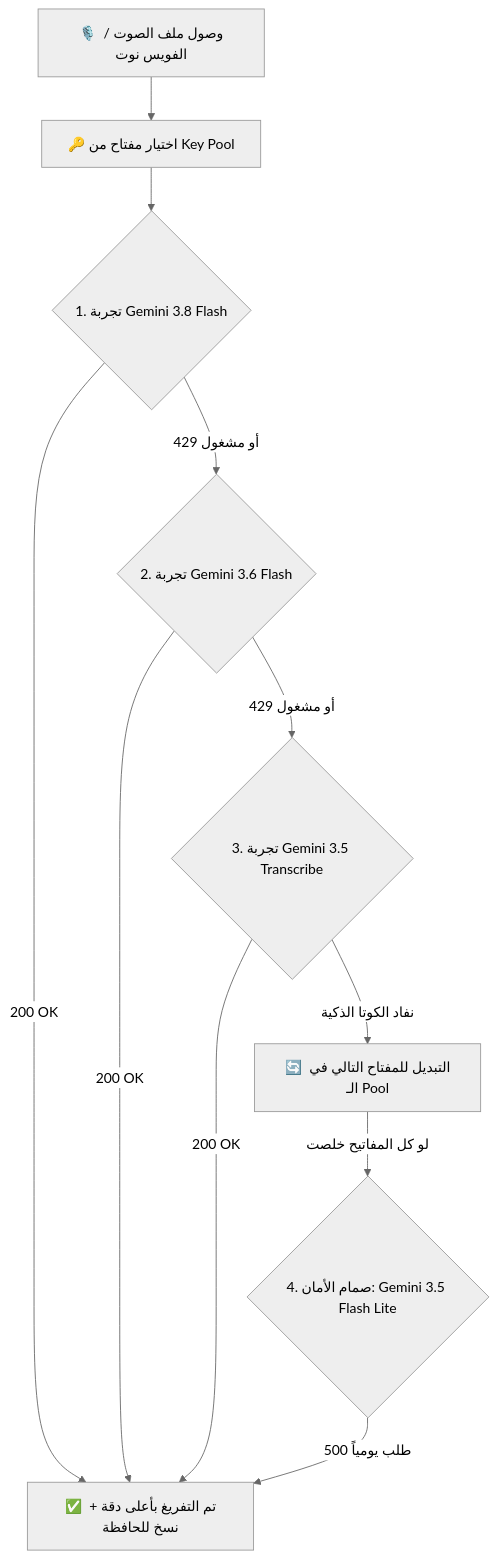
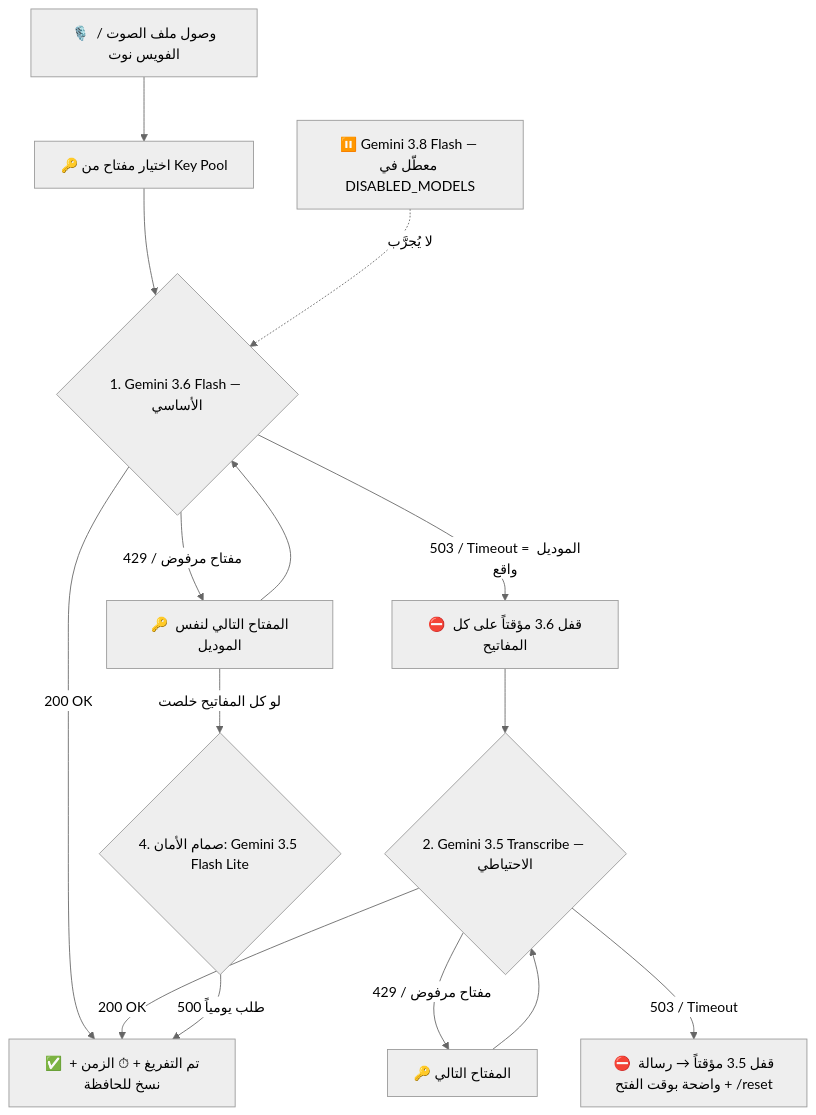
One commit to wewe00220033/Gemini-3.8-Flash changed the diagram in دليل_وتقرير_تقييم_موديلات_جوجل_الشامل_للتفريغ_الصوتي.md. Above: the diagram before and after it, drawn with Mermaid (neutral theme). The commit also changed other lines of this file and 1 other file, not shown here.

Commit message:
docs(guide): incident-01 update banner, new failover diagram, 3.8 marked disabled with evidence, quotas 45/project; DEVOPS diagram

````diff
--- a/دليل_وتقرير_تقييم_موديلات_جوجل_الشامل_للتفريغ_الصوتي.md
+++ b/دليل_وتقرير_تقييم_موديلات_جوجل_الشامل_للتفريغ_الصوتي.md
@@ -11,13 +13,17 @@
 ```mermaid
 graph TD
     A[🎙️ وصول ملف الصوت / الفويس نوت] --> B[🔑 اختيار مفتاح من Key Pool]
-    B --> C{1. تجربة Gemini 3.8 Flash}
-    C -->|200 OK| S[✅ تم التفريغ بأعلى دقة + نسخ للحافظة]
-    C -->|429 أو مشغول| D{2. تجربة Gemini 3.6 Flash}
-    D -->|200 OK| S
-    D -->|429 أو مشغول| E{3. تجربة Gemini 3.5 Transcribe}
+    B --> C{1. Gemini 3.6 Flash — الأساسي}
+    C -->|200 OK| S[✅ تم التفريغ + ⏱ الزمن + نسخ للحافظة]
+    C -->|429 / مفتاح مرفوض| F[🔑 المفتاح التالي لنفس الموديل]
+    F --> C
+    C -->|503 / Timeout = الموديل واقع| X1[⛔ قفل 3.6 مؤقتاً على كل المفاتيح]
+    X1 --> E{2. Gemini 3.5 Transcribe — الاحتياطي}
     E -->|200 OK| S
-    E -->|نفاد الكوتا الذكية| F[🔄 التبديل للمفتاح التالي في الـ Pool]
+    E -->|429 / مفتاح مرفوض| F2[🔑 المفتاح التالي]
+    F2 --> E
+    E -->|503 / Timeout| X2[⛔ قفل 3.5 مؤقتاً → رسالة واضحة بوقت الفتح + /reset]
+    Z[⏸️ Gemini 3.8 Flash — معطّل في DISABLED_MODELS] -.->|لا يُجرَّب| C
     F -->|لو كل المفاتيح خلصت| G{4. صمام الأمان: Gemini 3.5 Flash Lite}
     G -->|500 طلب يومياً| S
 ```
````
